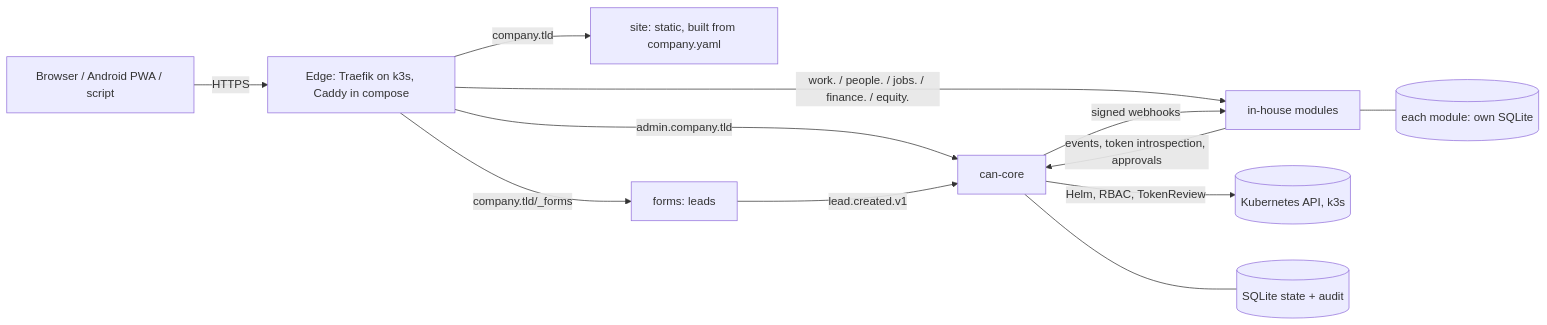
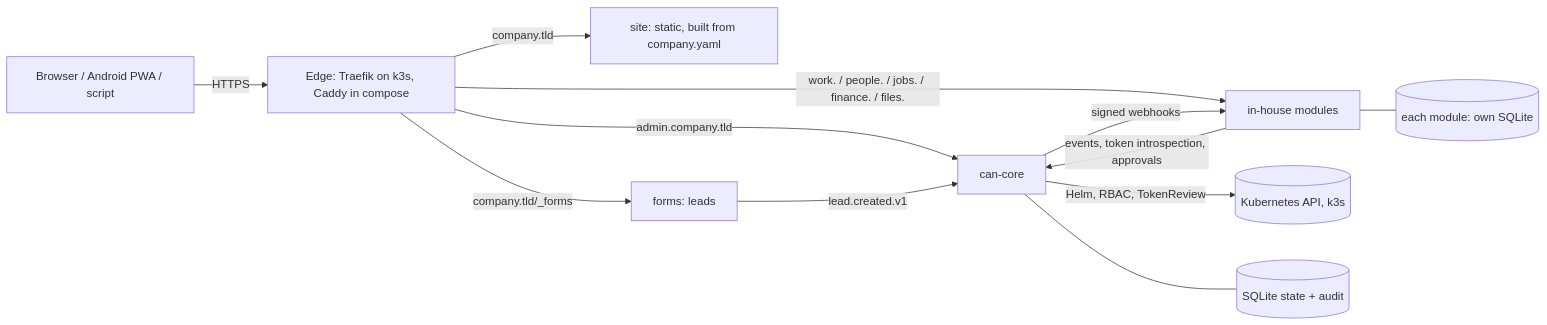
The first of 4 diagrams in docs/architecture.md (dodwmd/companyinacan), drawn with Mermaid before and after one commit. The commit also changed other lines of this file and 9 other files, not shown here.

````diff
--- a/docs/architecture.md
+++ b/docs/architecture.md
@@ -8,14 +8,14 @@
 ```mermaid
 flowchart LR
   B[Browser / Android PWA / script] -->|HTTPS| E[Edge: Traefik on k3s, Caddy in compose]
   E -->|"company.tld"| S[site: static, built from company.yaml]
   E -->|"company.tld/_forms"| F[forms: leads]
   E -->|"admin.company.tld"| C[can-core]
-  E -->|"work. / people. / jobs. / finance. / equity."| M[in-house modules]
+  E -->|"work. / people. / jobs. / finance. / files."| M[in-house modules]
   F -- "lead.created.v1" --> C
   M -- "events, token introspection, approvals" --> C
   C -- "signed webhooks" --> M
   C -->|"Helm, RBAC, TokenReview"| K[(Kubernetes API, k3s)]
   C --- DB[(SQLite state + audit)]
   M --- MD[(each module: own SQLite)]
 ```
````
